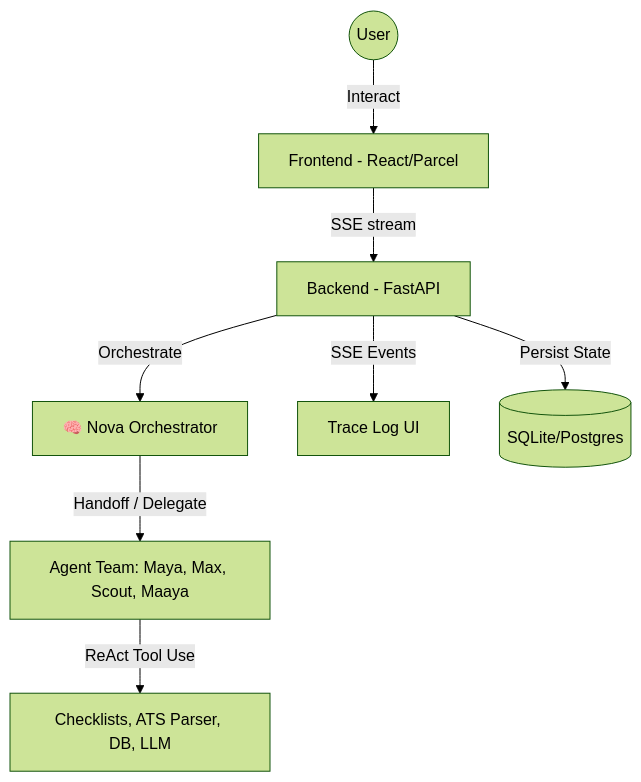
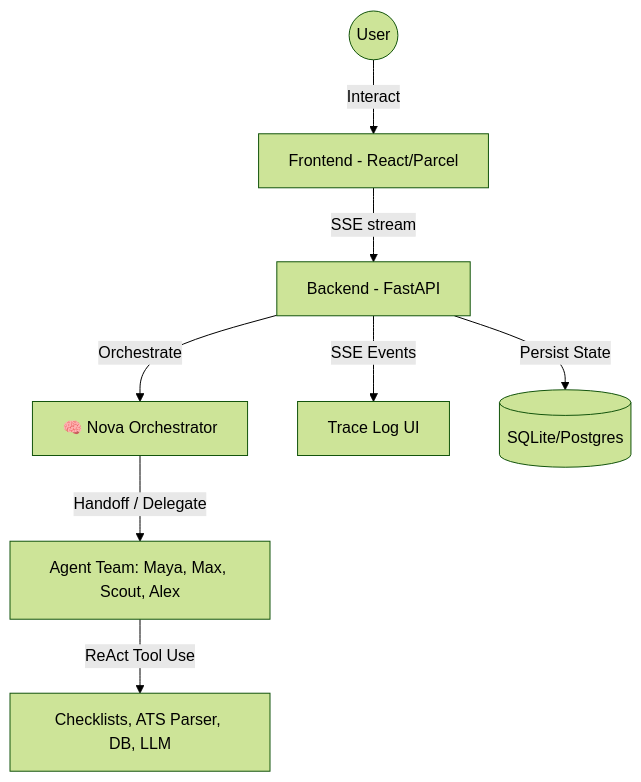
One commit to Abhiii47/Resume changed the diagram in README.md. Above: the diagram before and after it, drawn with Mermaid (forest theme). The commit also changed other lines of this file and 14 other files, not shown here.

````diff
--- a/README.md
+++ b/README.md
@@ -29,10 +29,10 @@
 ```mermaid
 graph TD
     User((User)) -->|Interact| UI[Frontend - React/Parcel]
     UI -->|SSE stream| FastAPI[Backend - FastAPI]
     FastAPI -->|Orchestrate| Nova[🧠 Nova Orchestrator]
-    Nova -->|Handoff / Delegate| Specialists[Agent Team: Maya, Max, Scout, Maaya]
+    Nova -->|Handoff / Delegate| Specialists[Agent Team: Maya, Max, Scout, Alex]
     Specialists -->|ReAct Tool Use| Tools[Checklists, ATS Parser, DB, LLM]
     FastAPI -->|SSE Events| TraceViewer[Trace Log UI]
     FastAPI -->|Persist State| DB[(SQLite/Postgres)]
 ```
````
